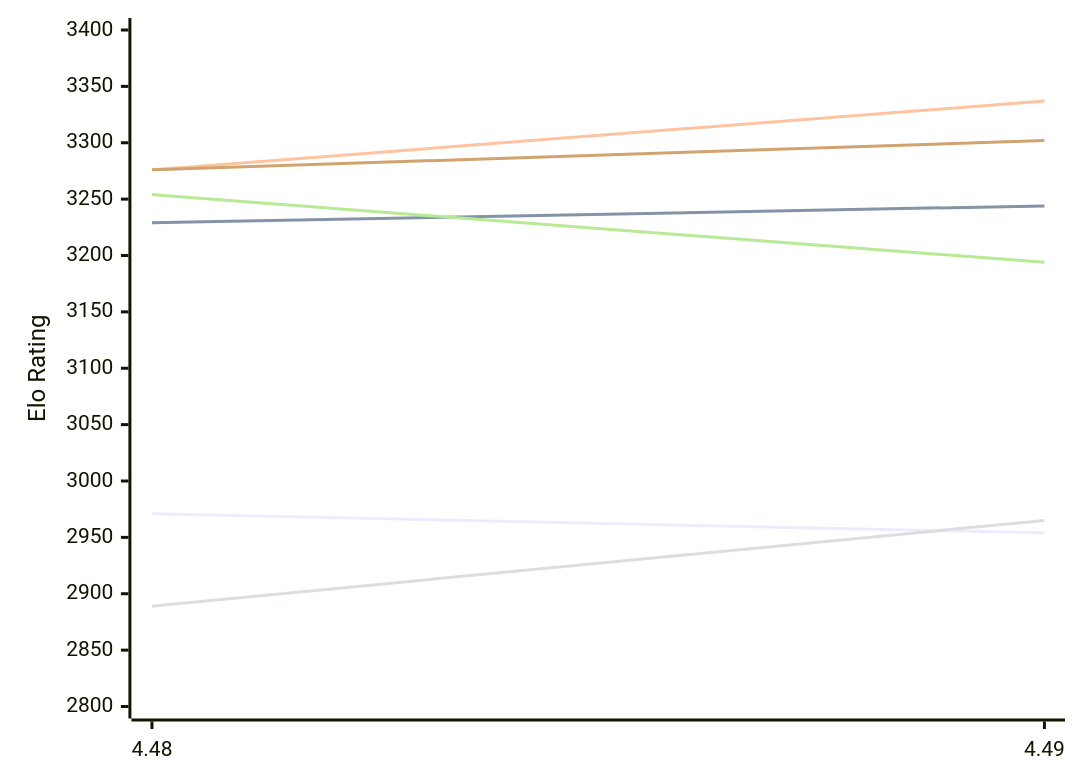
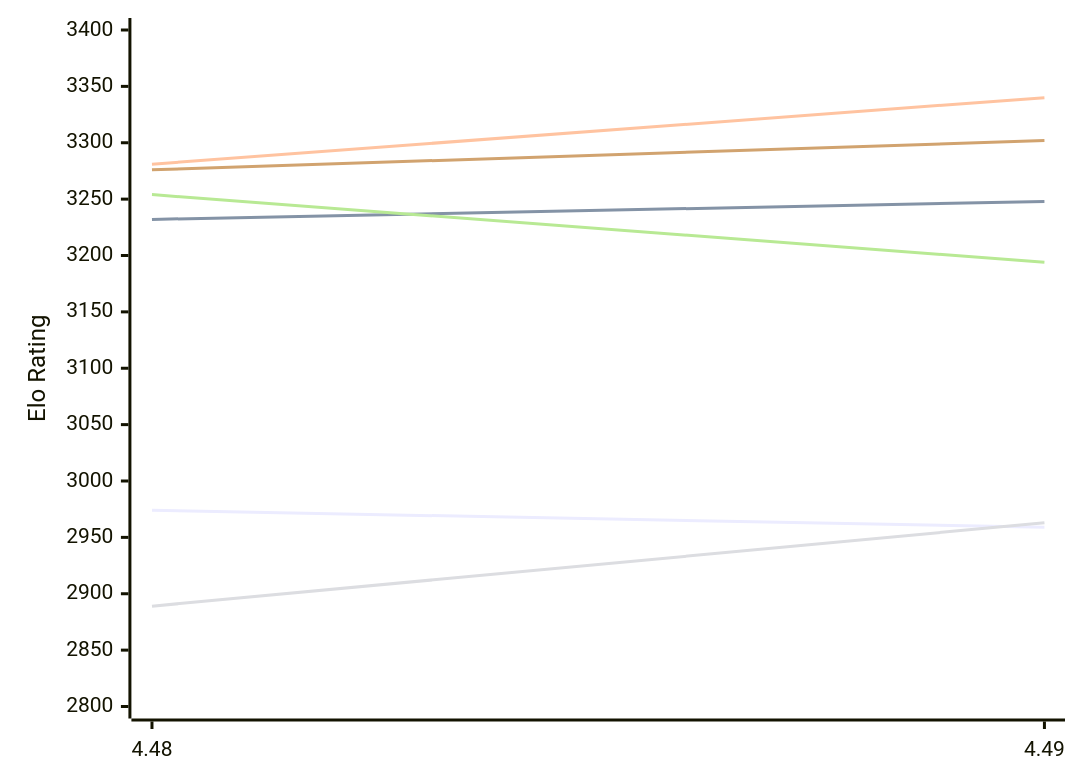
One commit to computer-chess-index/cci changed the first of 2 diagrams in engines/Cheng4.md. Above: the diagram before and after it, drawn with Mermaid. The commit also changed other lines of this file, not shown here.

Commit message:
Update CCI Ratings (ELO VLTC) - 2026-11-22

````diff
--- a/engines/Cheng4.md
+++ b/engines/Cheng4.md
@@ -50,12 +50,12 @@
 ```mermaid
 %%{init: {"theme":"base","themeVariables":{"seriesColors:['#a3a3a3','#222221','#faa371']}}}%%
 xychart-beta
   x-axis ["4.48", "4.49"]
   y-axis "Elo Rating" 2800 --> 3400
-  line "E1: STC (8.0+0.08s)" [2971, 2954]
-  line "E1: LTC (60.0+0.60s)" [3229, 3244]
-  line "E1: VLTC (2m24s+1.12s)" [3276, 3337]
-  line "P1: STC (8.0+0.08s)" [2889, 2965]
+  line "E1: STC (8.0+0.08s)" [2974, 2959]
+  line "E1: LTC (60.0+0.60s)" [3232, 3248]
+  line "E1: VLTC (2m24s+1.12s)" [3281, 3340]
+  line "P1: STC (8.0+0.08s)" [2889, 2963]
   line "P1: LTC (60.0+0.60s)" [3254, 3194]
   line "P1: VLTC (2m24s+1.12s)" [3276, 3302]
 ```
````
